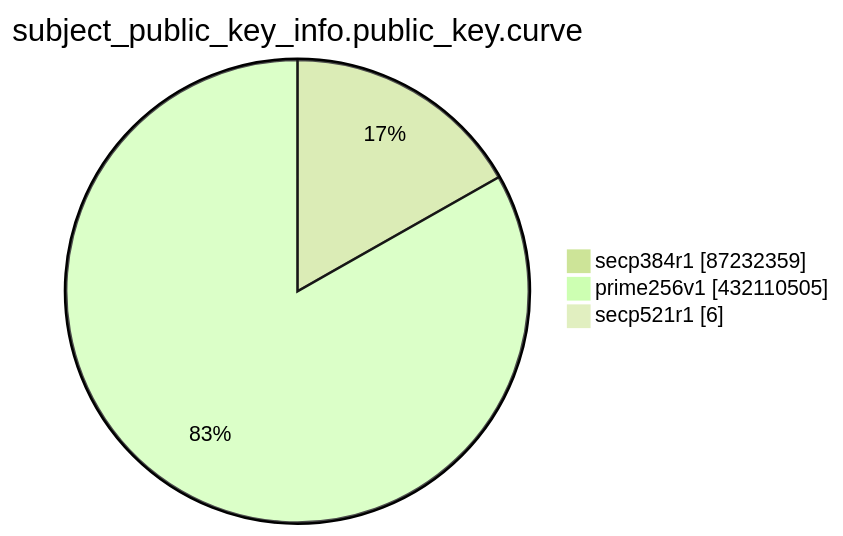
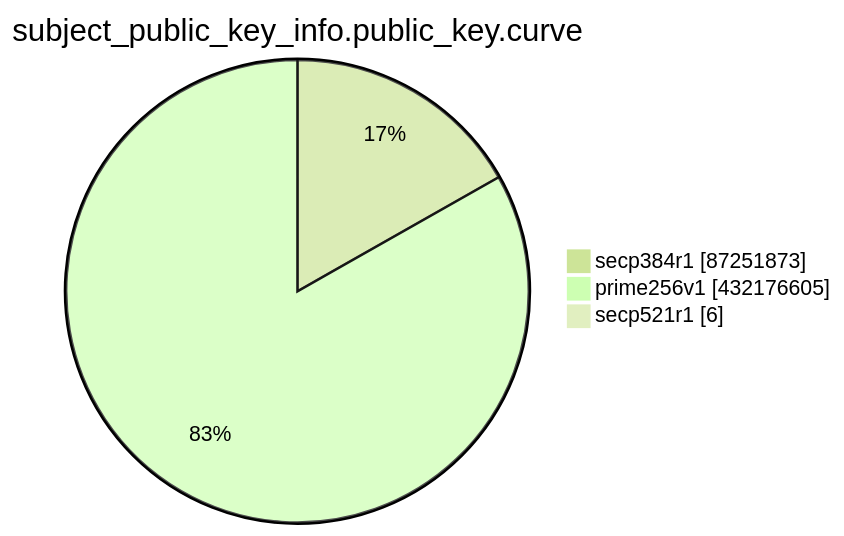
The eighth of 15 diagrams in TOTAL/README.md (christiankrug/ctmonitor_visualization), drawn with Mermaid (forest theme) before and after one commit. The commit also changed other lines of this file, not shown here.

````diff
--- a/TOTAL/README.md
+++ b/TOTAL/README.md
@@ -3100,7 +3100,7 @@
 ```mermaid
 pie showData
 title subject_public_key_info.public_key.curve
-"secp384r1" :87232359
-"prime256v1" :432110505
+"secp384r1" :87251873
+"prime256v1" :432176605
 "secp521r1" :6
 ```
````
